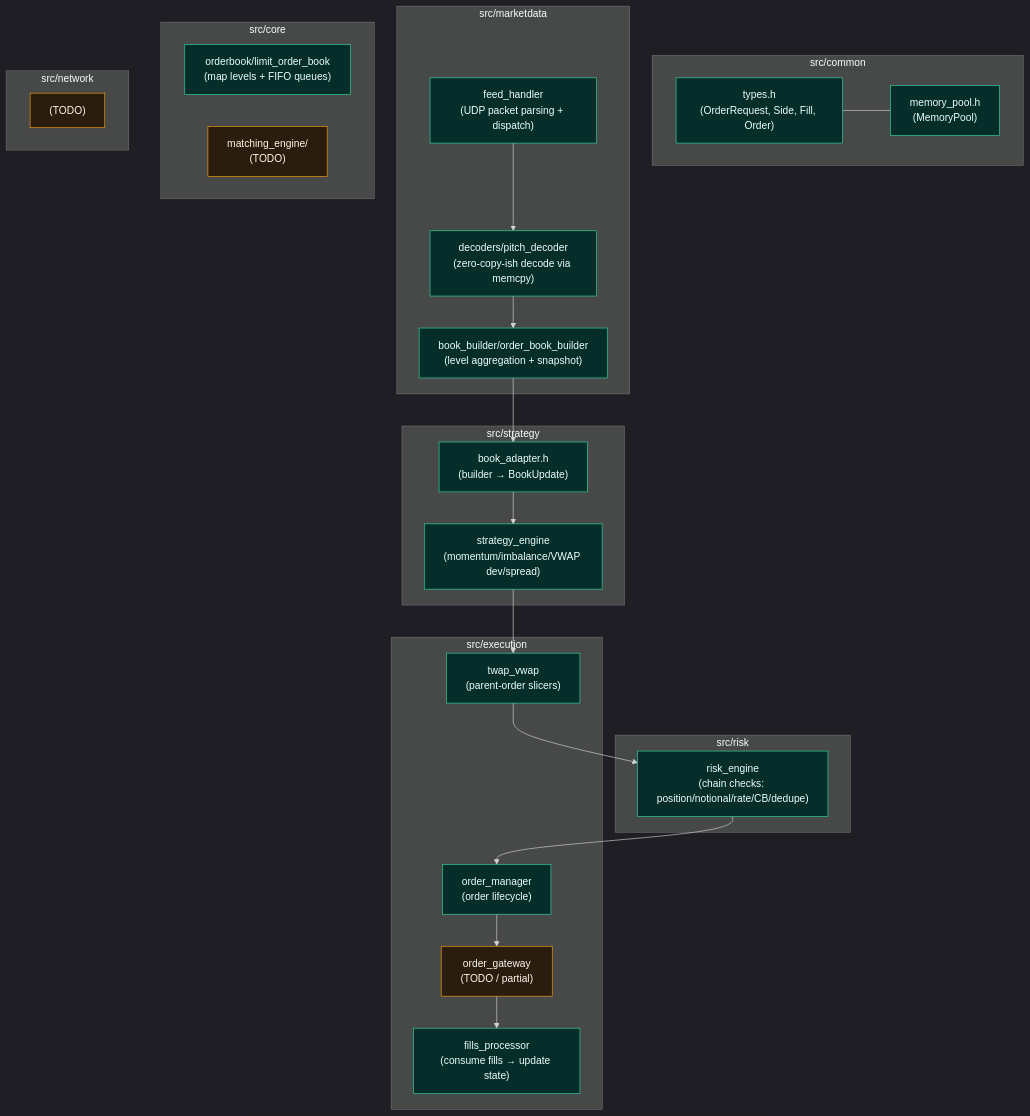
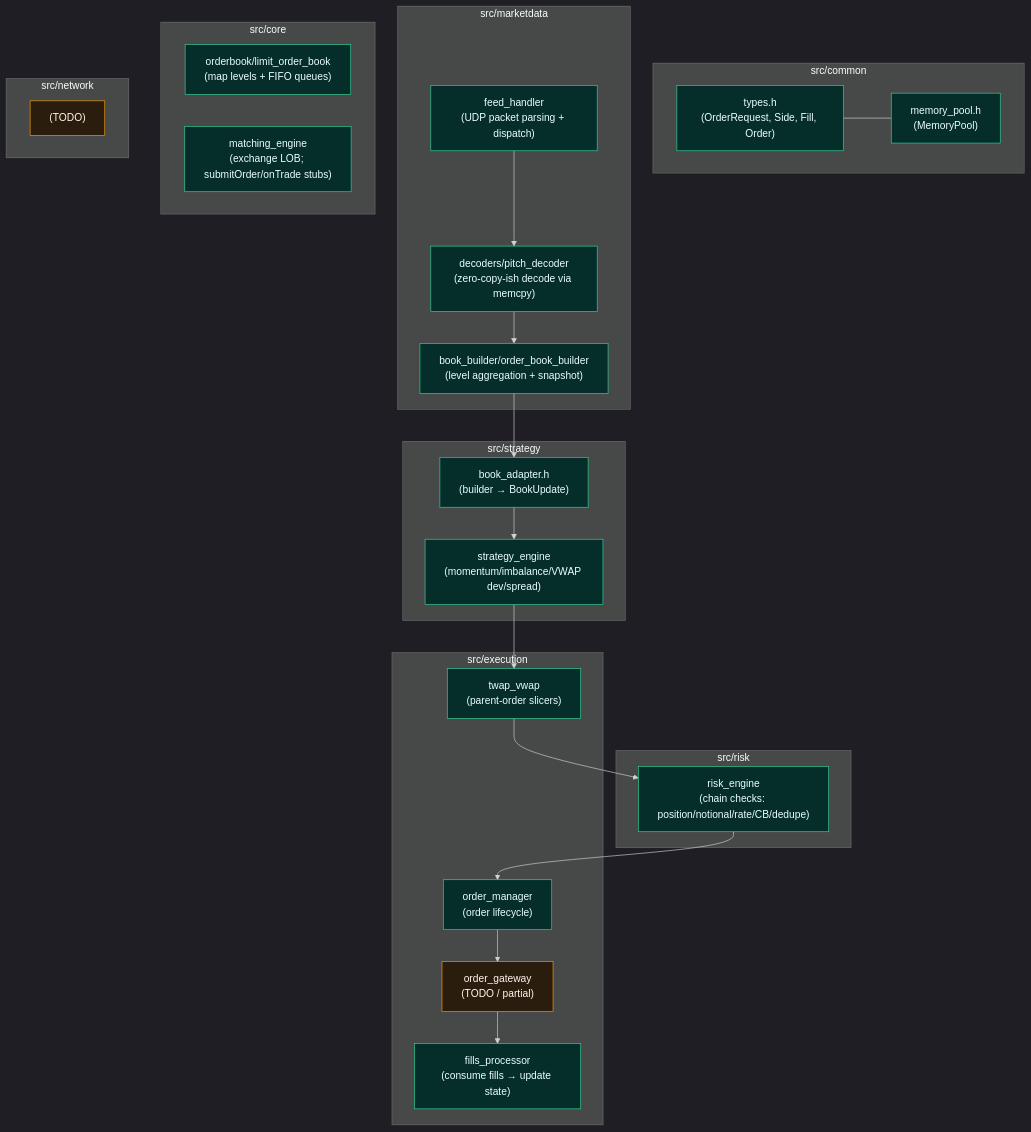
Before and after one commit to ATMmonitor667/High-Frequency-Trading-Engine: the second of 3 diagrams in README.md, drawn with Mermaid. The commit also changed 3 other files, not shown here.

Commit message:
started to implement the matching engine

````diff
--- a/README.md
+++ b/README.md
@@ -38,52 +38,52 @@
 ```mermaid
 flowchart TB
   %%{init: {'theme': 'dark'} }%%
 
   subgraph common["src/common"]
     T["types.h\n(OrderRequest, Side, Fill, Order)"]
     MP["memory_pool.h\n(MemoryPool<T>)"]
   end
 
   subgraph marketdata["src/marketdata"]
     FH["feed_handler\n(UDP packet parsing + dispatch)"]
     PD["decoders/pitch_decoder\n(zero-copy-ish decode via memcpy)"]
     OBB["book_builder/order_book_builder\n(level aggregation + snapshot)"]
   end
 
   subgraph core["src/core"]
     LOB["orderbook/limit_order_book\n(map levels + FIFO queues)"]
-    ME["matching_engine/\n(TODO)"]
+    ME["matching_engine\n(exchange LOB; submitOrder/onTrade stubs)"]
   end
 
   subgraph strategy["src/strategy"]
     BA["book_adapter.h\n(builder → BookUpdate)"]
     SE["strategy_engine\n(momentum/imbalance/VWAP dev/spread)"]
   end
 
   subgraph risk["src/risk"]
     RE["risk_engine\n(chain checks: position/notional/rate/CB/dedupe)"]
   end
 
   subgraph exec["src/execution"]
     OM["order_manager\n(order lifecycle)"]
     TV["twap_vwap\n(parent-order slicers)"]
     FG["order_gateway\n(TODO / partial)"]
     FP["fills_processor\n(consume fills → update state)"]
   end
 
   subgraph net["src/network"]
     N["(TODO)"]
   end
 
   FH --> PD --> OBB
   OBB --> BA --> SE --> TV --> RE --> OM --> FG
   FG --> FP
   T --- MP
 
   classDef done fill:#052e2b,stroke:#34d399,stroke-width:1px,color:#ecfeff;
   classDef todo fill:#2b1d0e,stroke:#f59e0b,stroke-width:1px,color:#fff7ed;
   classDef mid fill:#111827,stroke:#93c5fd,stroke-width:1px,color:#e5e7eb;
 
-  class T,MP,FH,PD,OBB,LOB,BA,SE,RE,OM,FP,TV done;
-  class ME,FG,N todo;
+  class T,MP,FH,PD,OBB,LOB,BA,SE,RE,OM,FP,TV,ME done;
+  class FG,N todo;
 ```
````
